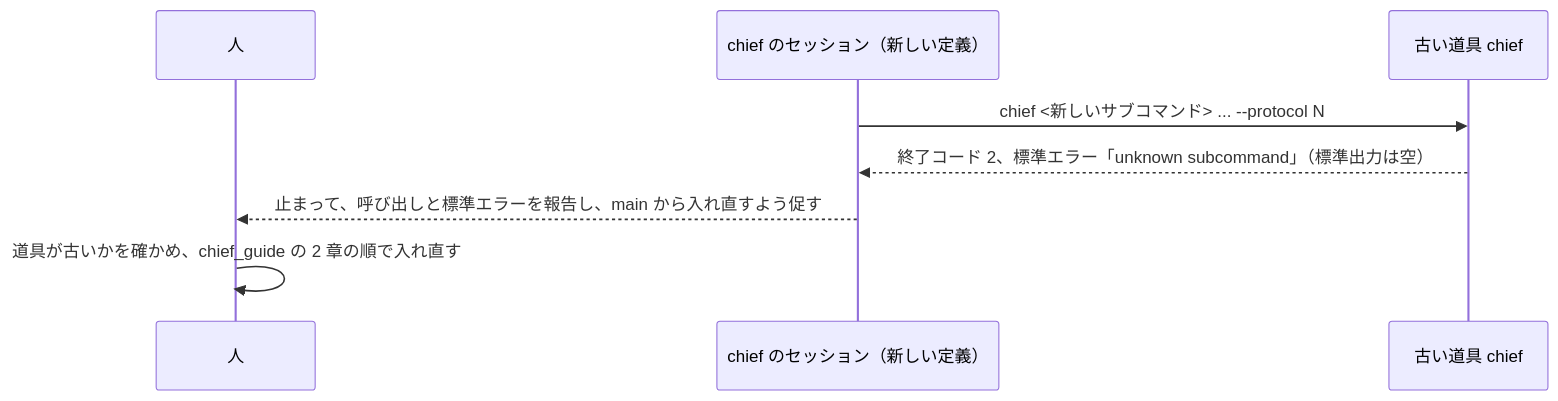
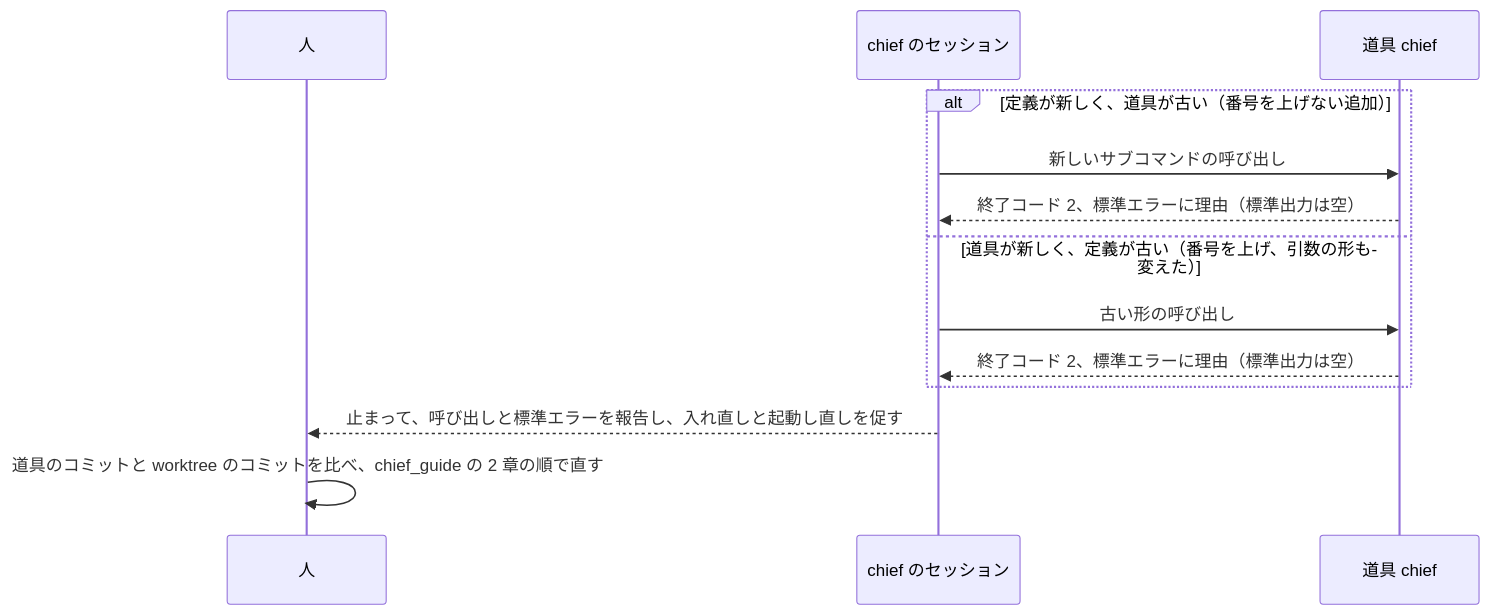
The fifth of 5 diagrams in docs/tasks/0117_chief_architecture_doc/02_architecture.md (isseis/yt2column), drawn with Mermaid before and after one commit. The commit also changed other lines of this file and 1 other file, not shown here.

First line of the commit message:
docs(0117): address the design review and prose pass on the architecture

````diff
--- a/docs/tasks/0117_chief_architecture_doc/02_architecture.md
+++ b/docs/tasks/0117_chief_architecture_doc/02_architecture.md
@@ -475,11 +645,16 @@
 ```mermaid
 sequenceDiagram
     participant H as 人
-    participant S as chief のセッション（新しい定義）
-    participant T as 古い道具 chief
+    participant S as chief のセッション
+    participant T as 道具 chief
 
-    S->>T: chief <新しいサブコマンド> ... --protocol N
-    T-->>S: 終了コード 2、標準エラー「unknown subcommand」（標準出力は空）
-    S-->>H: 止まって、呼び出しと標準エラーを報告し、main から入れ直すよう促す
-    H->>H: 道具が古いかを確かめ、chief_guide の 2 章の順で入れ直す
+    alt 定義が新しく、道具が古い（番号を上げない追加）
+        S->>T: 新しいサブコマンドの呼び出し
+        T-->>S: 終了コード 2、標準エラーに理由（標準出力は空）
+    else 道具が新しく、定義が古い（番号を上げ、引数の形も変えた）
+        S->>T: 古い形の呼び出し
+        T-->>S: 終了コード 2、標準エラーに理由（標準出力は空）
+    end
+    S-->>H: 止まって、呼び出しと標準エラーを報告し、入れ直しと起動し直しを促す
+    H->>H: 道具のコミットと worktree のコミットを比べ、chief_guide の 2 章の順で直す
 ```
````
